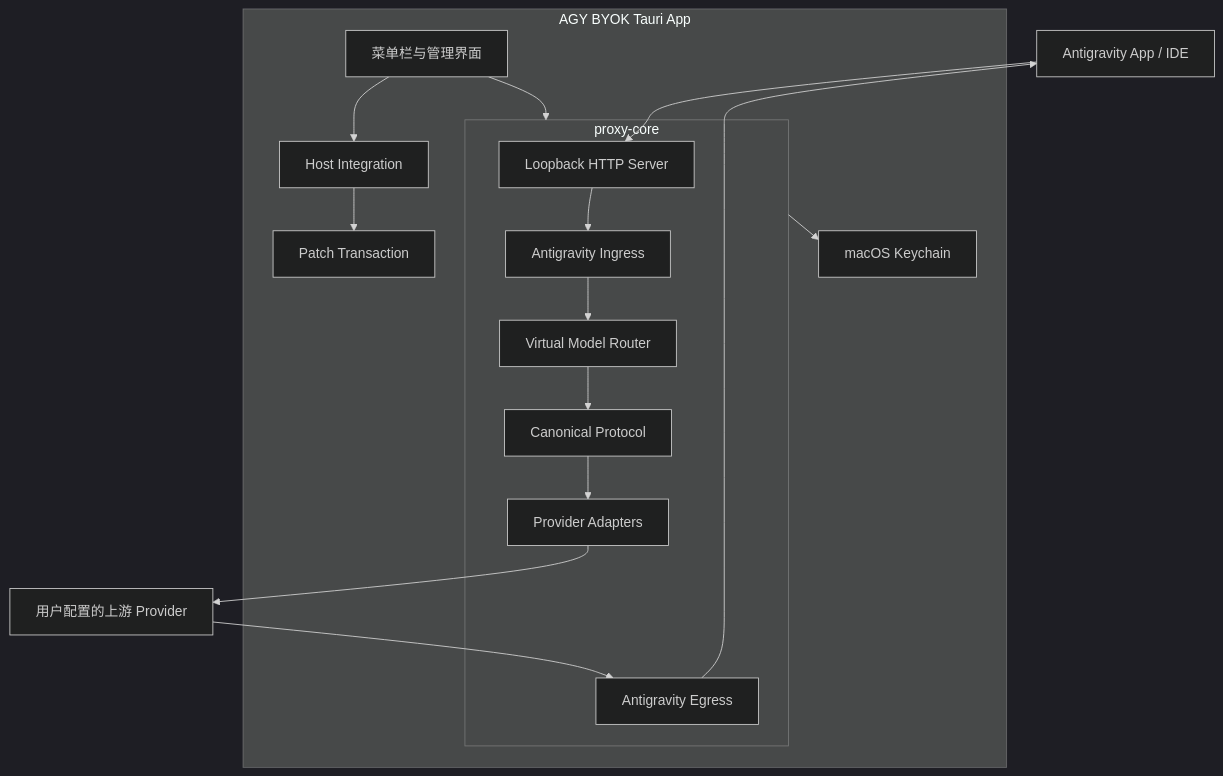
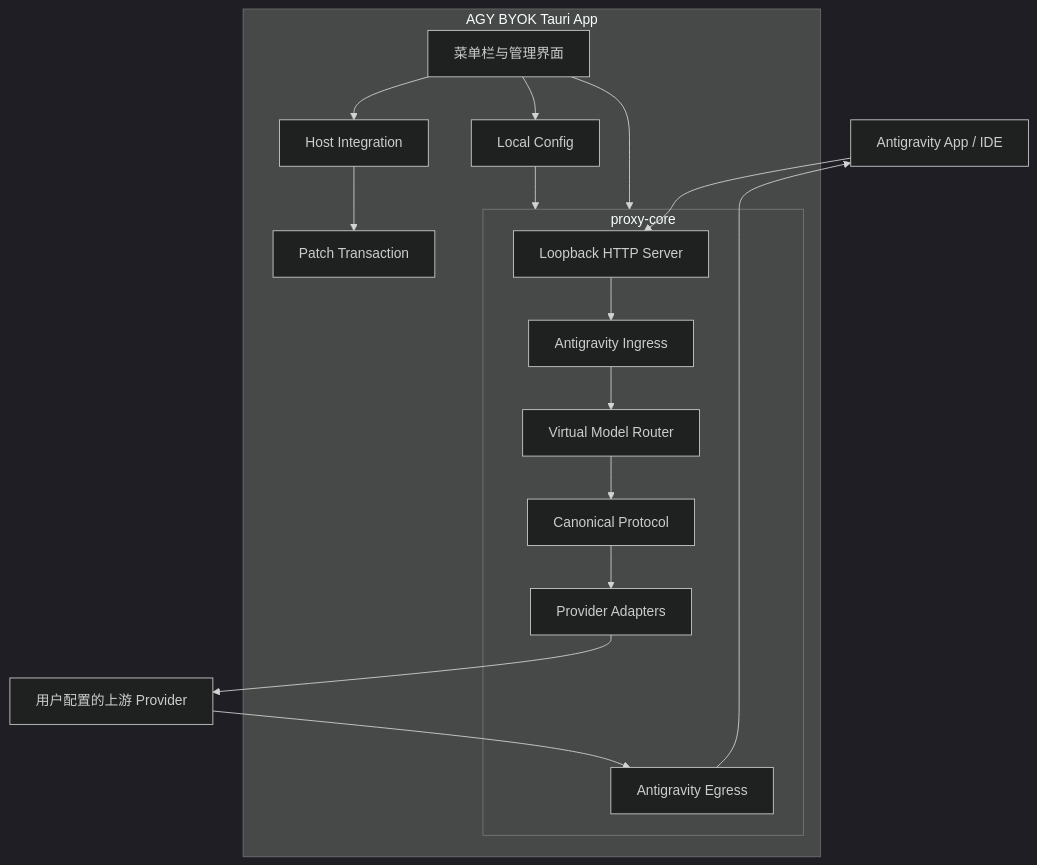
One commit to yuzhiqiang1993/agy-byok changed the diagram in README.md. Above: the diagram before and after it, drawn with Mermaid (dark theme). The commit also changed other lines of this file and 9 other files, not shown here.

````diff
--- a/README.md
+++ b/README.md
@@ -57,35 +59,36 @@
 ```mermaid
 flowchart TD
     Host[Antigravity App / IDE]
 
     subgraph Desktop[AGY BYOK Tauri App]
         UI[菜单栏与管理界面]
         Integration[Host Integration]
         Transaction[Patch Transaction]
-        Keychain[macOS Keychain]
+        Config[Local Config]
 
         subgraph Core[proxy-core]
             Server[Loopback HTTP Server]
             Ingress[Antigravity Ingress]
             Router[Virtual Model Router]
             Canonical[Canonical Protocol]
             Adapters[Provider Adapters]
             Egress[Antigravity Egress]
         end
     end
 
     Upstream[用户配置的上游 Provider]
 
     UI --> Core
     UI --> Integration
     Integration --> Transaction
     Host --> Server
     Server --> Ingress
     Ingress --> Router
     Router --> Canonical
     Canonical --> Adapters
     Adapters --> Upstream
     Upstream --> Egress
     Egress --> Host
-    Core --> Keychain
+    UI --> Config
+    Config --> Core
 ```
````
